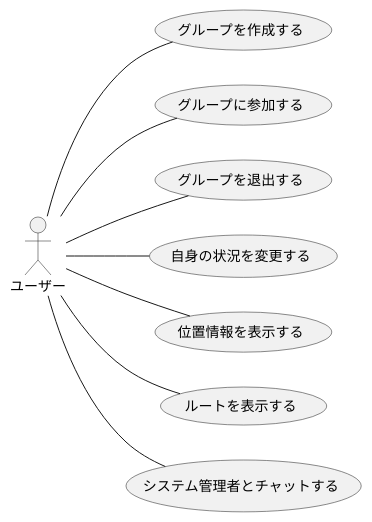
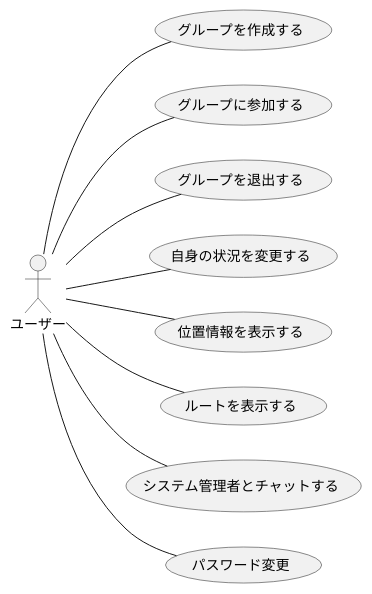
Before and after one commit to ksw2270227/GroupF: the diagram in F_usecase_user2.plantuml, drawn with PlantUML. The commit also changed 5 other files, not shown here.

```diff
--- a/F_usecase_user2.plantuml
+++ b/F_usecase_user2.plantuml
@@ -1,16 +1,16 @@
 @startuml user_usecase(2)
 
 left to right direction
 actor ユーザー
 
 ユーザー -- (グループを作成する)
 ユーザー -- (グループに参加する)
 ユーザー -- (グループを退出する)
 ユーザー -- (自身の状況を変更する)
 ユーザー -- (位置情報を表示する)
 ユーザー -- (ルートを表示する)
 ユーザー -- (システム管理者とチャットする)
-
+ユーザー -- (パスワード変更)
 
 
 @enduml
```
